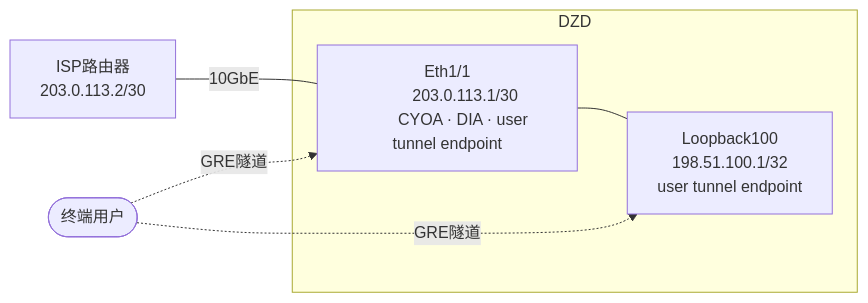
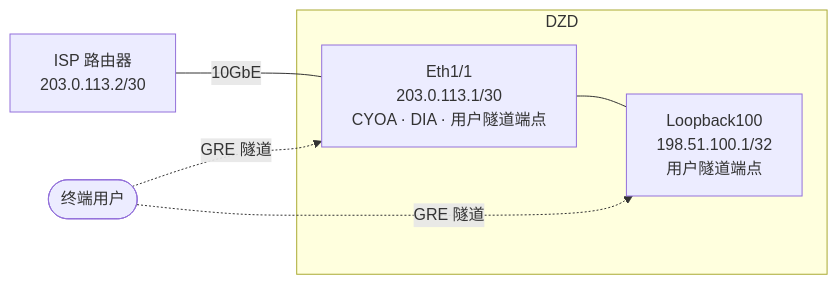
Before and after one commit to malbeclabs/docs: the eighth of 13 diagrams in docs/contribute-provisioning.zh.md, drawn with Mermaid. The commit also changed other lines of this file and 160 other files, not shown here.

````diff
--- a/docs/contribute-provisioning.zh.md
+++ b/docs/contribute-provisioning.zh.md
@@ -392,20 +460,20 @@
 ```mermaid
 flowchart LR
     USERS(["终端用户"])
 
     subgraph DZD["DZD"]
         E1["Eth1/1
         203.0.113.1/30
-        CYOA · DIA · user tunnel endpoint"]
+        CYOA · DIA · 用户隧道端点"]
         LO["Loopback100
-        198.51.100.1/32\n        user tunnel endpoint"]
+        198.51.100.1/32\n        用户隧道端点"]
         E1 --- LO
     end
 
-    ISP["ISP路由器
+    ISP["ISP 路由器
     203.0.113.2/30"]
 
     ISP -- "10GbE" --- E1
-    USERS -. "GRE隧道" .-> E1
-    USERS -. "GRE隧道" .-> LO
+    USERS -. "GRE 隧道" .-> E1
+    USERS -. "GRE 隧道" .-> LO
 ```
````
